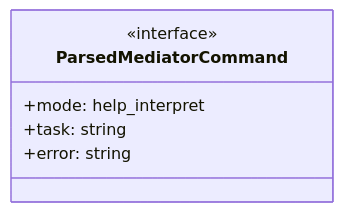
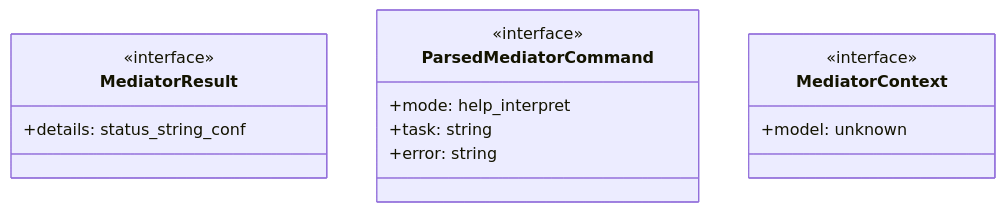
Before and after one commit to Mekann2904/mekann: the second of 4 diagrams in ABDD/.pi/extensions/mediator.md, drawn with Mermaid. The commit also changed other lines of this file and 189 other files, not shown here.

````diff
--- a/ABDD/.pi/extensions/mediator.md
+++ b/ABDD/.pi/extensions/mediator.md
@@ -95,9 +95,17 @@
 ```mermaid
 classDiagram
+  class MediatorResult {
+    <<interface>>
+    +details: status_string_conf
+  }
   class ParsedMediatorCommand {
     <<interface>>
     +mode: help_interpret
     +task: string
     +error: string
   }
+  class MediatorContext {
+    <<interface>>
+    +model: unknown
+  }
 ```
````
